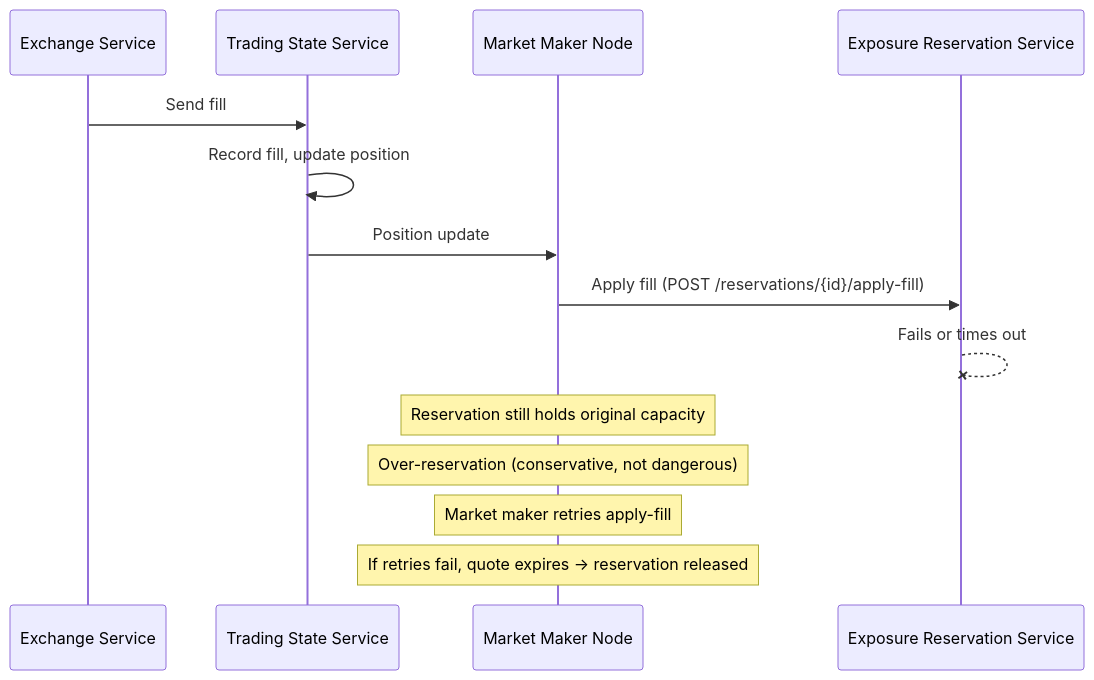
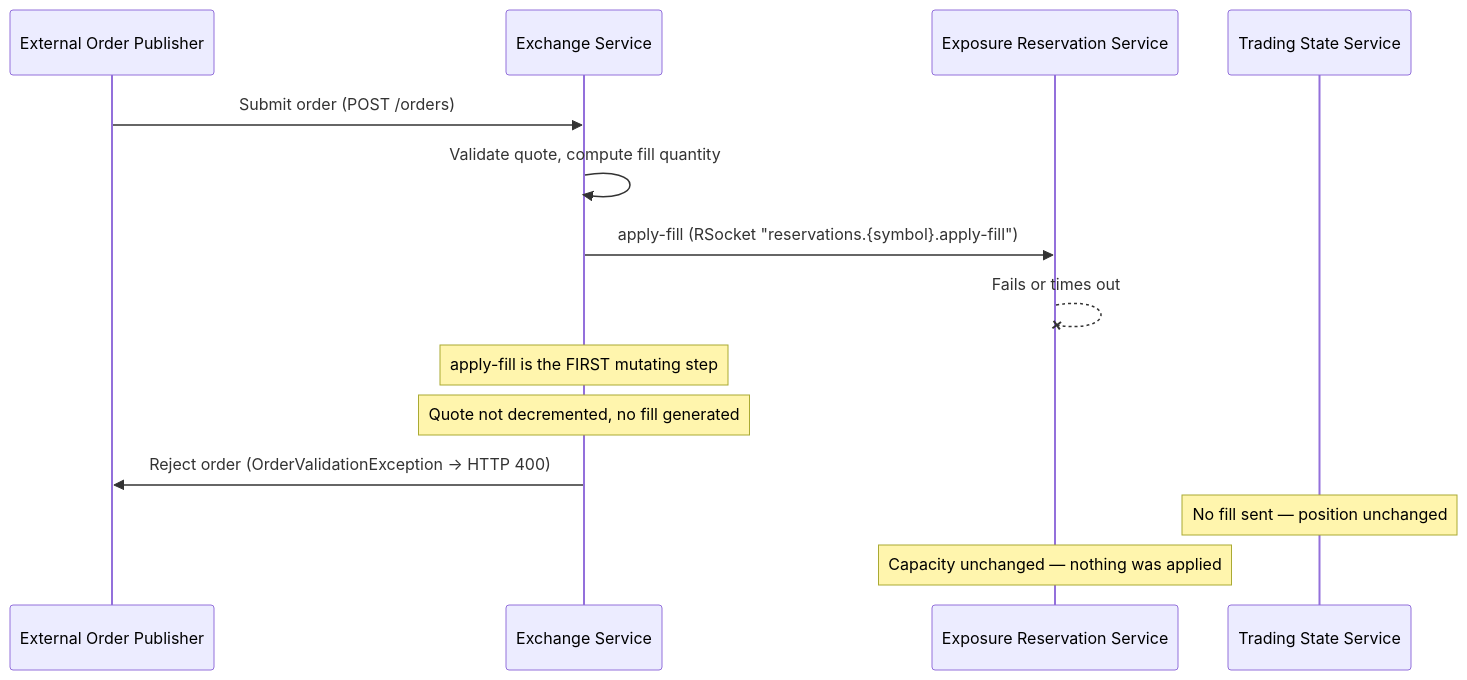
Before and after one commit to S26-Distributed-Capstone/Velocity-Trading: the ninth of 11 diagrams in docs/error-cases.md, drawn with Mermaid. The commit also changed other lines of this file and 1 other file, not shown here.

````diff
--- a/docs/error-cases.md
+++ b/docs/error-cases.md
@@ -183,16 +183,16 @@
 ```mermaid
 sequenceDiagram
+  participant user as External Order Publisher
   participant exchange as Exchange Service
+  participant reservation as Exposure Reservation Service
   participant state as Trading State Service
-  participant maker as Market Maker Node
-  participant reservation as Exposure Reservation Service
-  exchange->>state: Send fill
-  state->>state: Record fill, update position
-  state->>maker: Position update
-  maker->>reservation: Apply fill (POST /reservations/{id}/apply-fill)
+  user->>exchange: Submit order (POST /orders)
+  exchange->>exchange: Validate quote, compute fill quantity
+  exchange->>reservation: apply-fill (RSocket "reservations.{symbol}.apply-fill")
   reservation--xreservation: Fails or times out
-  Note over maker: Reservation still holds original capacity
-  Note over maker: Over-reservation (conservative, not dangerous)
-  Note over maker: Market maker retries apply-fill
-  Note over maker: If retries fail, quote expires → reservation released
+  Note over exchange: apply-fill is the FIRST mutating step
+  Note over exchange: Quote not decremented, no fill generated
+  exchange->>user: Reject order (OrderValidationException → HTTP 400)
+  Note over state: No fill sent — position unchanged
+  Note over reservation: Capacity unchanged — nothing was applied
 ```
````
